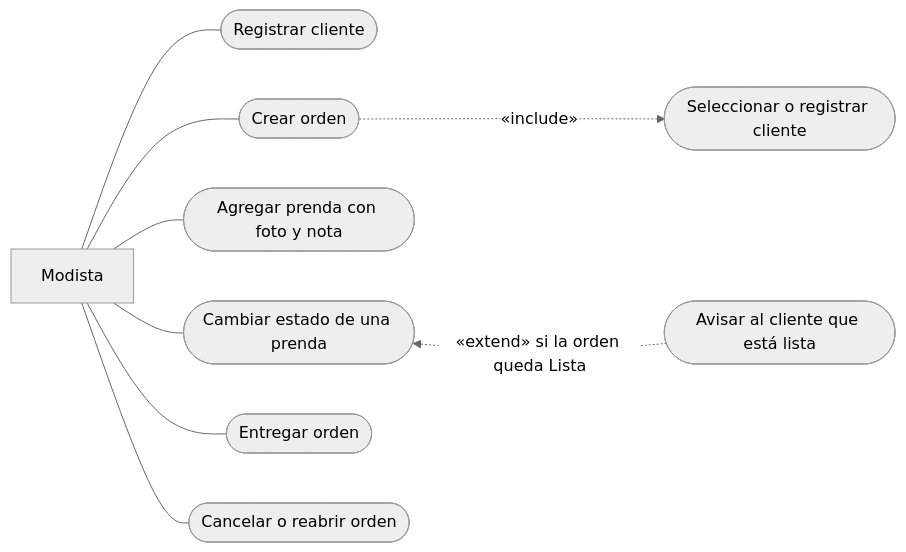
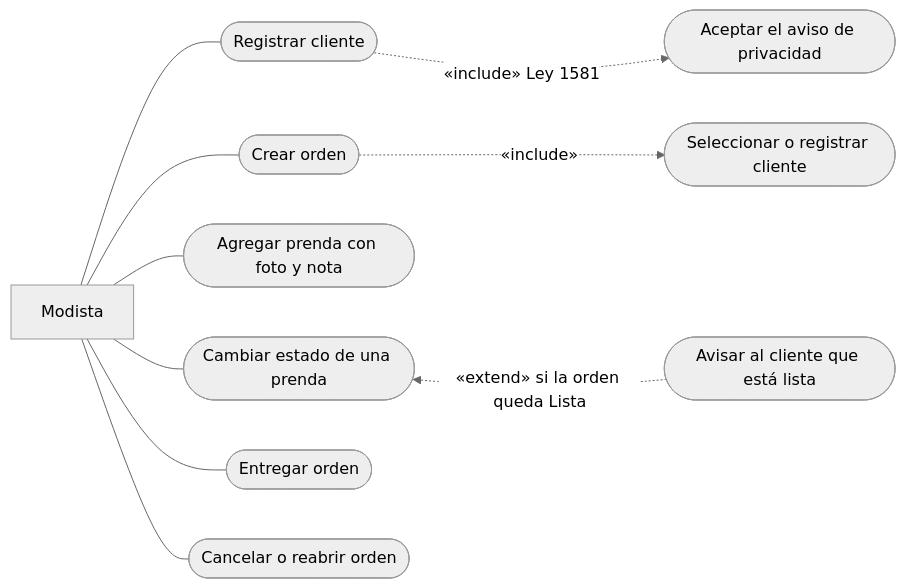
One commit to Aryannext/Costura-app changed the fourth of 16 diagrams in docs/02-diseno/DIAGRAMAS.md. Above: the diagram before and after it, drawn with Mermaid. The commit also changed other lines of this file and 20 other files, not shown here.

First line of the commit message:
Ley 1581: aviso de privacidad, autorizacion obligatoria con prueba y borrado de datos personales

````diff
--- a/docs/02-diseno/DIAGRAMAS.md
+++ b/docs/02-diseno/DIAGRAMAS.md
@@ -279,23 +280,26 @@
 ```mermaid
 %%{init: {'theme': 'neutral'}}%%
 flowchart LR
     M["Modista"]
     C1(["Registrar cliente"])
     O1(["Crear orden"])
     O2(["Agregar prenda con foto y nota"])
     O3(["Cambiar estado de una prenda"])
     O4(["Entregar orden"])
     O5(["Cancelar o reabrir orden"])
     I1(["Seleccionar o registrar cliente"])
+    I2(["Aceptar el aviso de privacidad"])
     X2(["Avisar al cliente que está lista"])
 
     M --- C1
     M --- O1
     M --- O2
     M --- O3
     M --- O4
     M --- O5
+    C1 ~~~ I2
+    C1 -.->|«include» Ley 1581| I2
     O1 -.->|«include»| I1
     O3 ~~~ X2
     X2 -.->|«extend» si la orden queda Lista| O3
 ```
````
